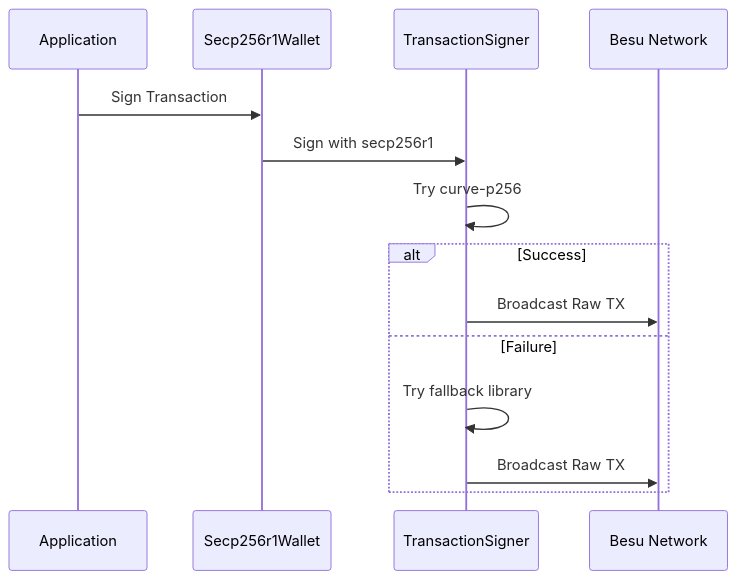
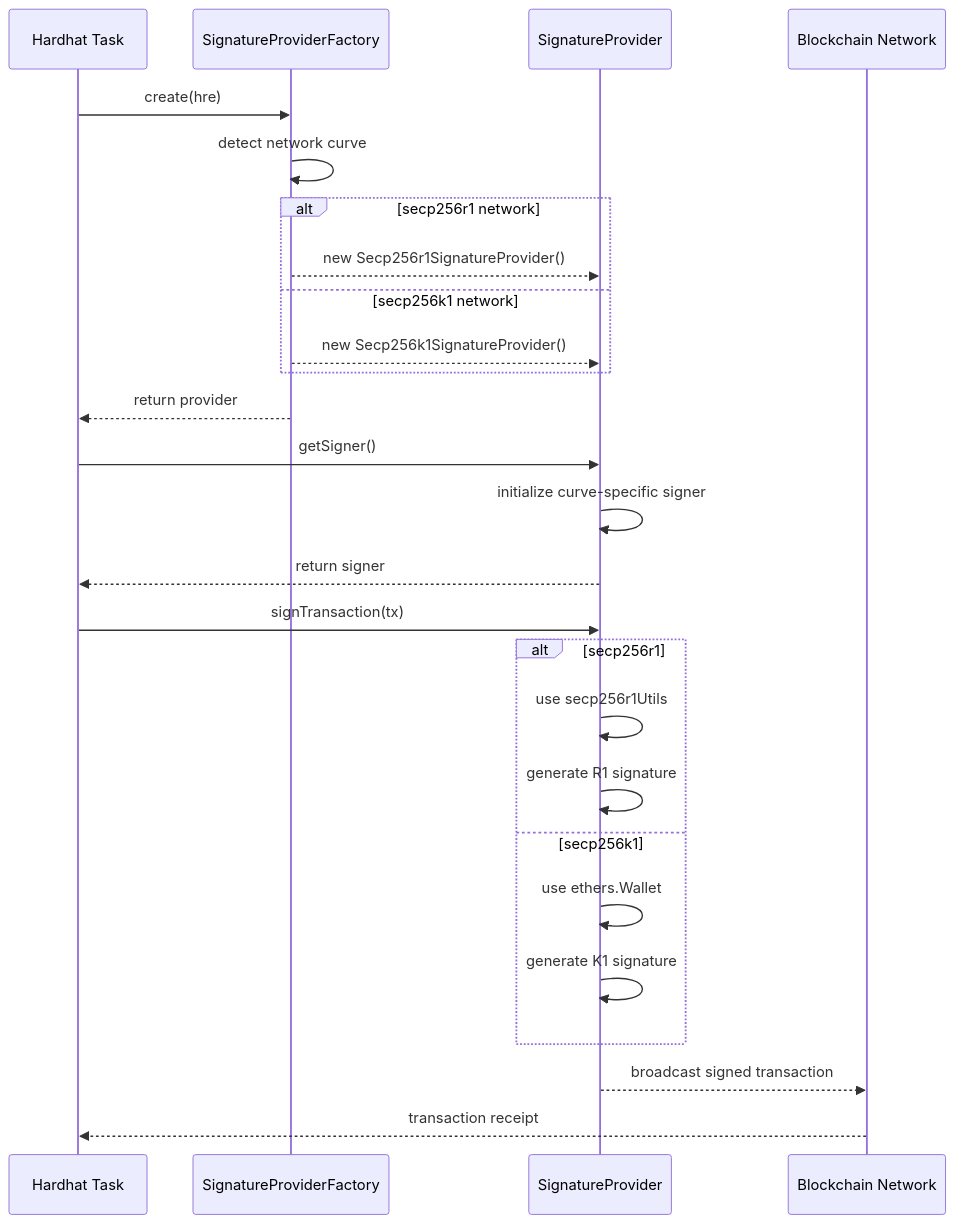
Before and after one commit to red-isbe/isbe-contracts: the third of 6 diagrams in docs/SECP256R1_COMPLETE_GUIDE.md, drawn with Mermaid. The commit also changed other lines of this file and 11 other files, not shown here.

Commit message:
Applied SignatureProviderFactory pattern and fixed linting issues Convert 6 critical write operations to use SignatureProviderFactory Add enhanced secp256r1 error handling with network detection Replace any types with proper TypeScript interfaces Fix require() imports and unused variables

````diff
--- a/docs/SECP256R1_COMPLETE_GUIDE.md
+++ b/docs/SECP256R1_COMPLETE_GUIDE.md
@@ -102,17 +184,31 @@
 ```mermaid
 sequenceDiagram
-    participant App as Application
-    participant Wallet as Secp256r1Wallet
-    participant Signer as TransactionSigner
-    participant Network as Besu Network
+    participant Task as Hardhat Task
+    participant Factory as SignatureProviderFactory
+    participant Provider as SignatureProvider
+    participant Network as Blockchain Network
 
-    App->>Wallet: Sign Transaction
-    Wallet->>Signer: Sign with secp256r1
-    Signer->>Signer: Try curve-p256
-    alt Success
-        Signer->>Network: Broadcast Raw TX
-    else Failure
-        Signer->>Signer: Try fallback library
-        Signer->>Network: Broadcast Raw TX
+    Task->>Factory: create(hre)
+    Factory->>Factory: detect network curve
+    alt secp256r1 network
+        Factory-->>Provider: new Secp256r1SignatureProvider()
+    else secp256k1 network
+        Factory-->>Provider: new Secp256k1SignatureProvider()
     end
+    Factory-->>Task: return provider
+
+    Task->>Provider: getSigner()
+    Provider->>Provider: initialize curve-specific signer
+    Provider-->>Task: return signer
+
+    Task->>Provider: signTransaction(tx)
+    alt secp256r1
+        Provider->>Provider: use secp256r1Utils
+        Provider->>Provider: generate R1 signature
+    else secp256k1
+        Provider->>Provider: use ethers.Wallet
+        Provider->>Provider: generate K1 signature
+    end
+    Provider-->>Network: broadcast signed transaction
+    Network-->>Task: transaction receipt
 ```
````
